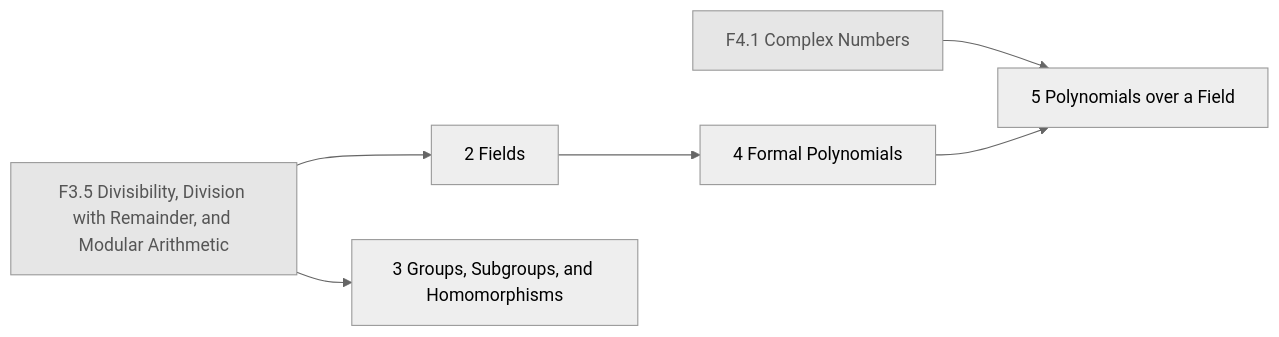
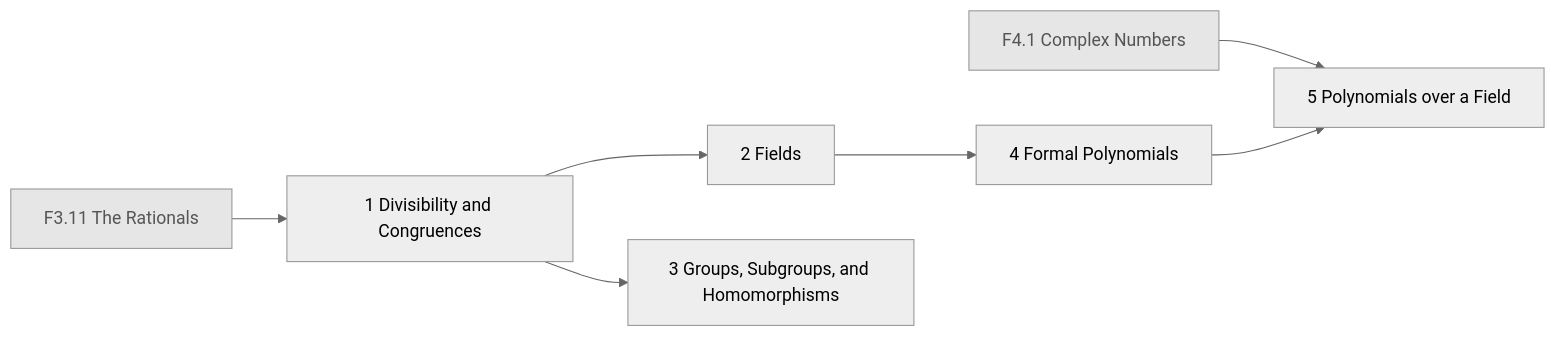
One commit to AkizumiFox/math-atlas changed the diagram in generated/chapters/F5.mmd. Above: the diagram before and after it, drawn with Mermaid (neutral theme). The commit also changed 14 other files, not shown here.

```diff
--- a/generated/chapters/F5.mmd
+++ b/generated/chapters/F5.mmd
@@ -1,15 +1,17 @@
 flowchart LR
-  F3_5["F3.5 Divisibility, Division with Remainder, and Modular Arithmetic"]:::ext
+  F3_11["F3.11 The Rationals"]:::ext
   F4_1["F4.1 Complex Numbers"]:::ext
+  F5_1["1 Divisibility and Congruences"]
   F5_2["2 Fields"]
   F5_3["3 Groups, Subgroups, and Homomorphisms"]
   F5_4["4 Formal Polynomials"]
   F5_5["5 Polynomials over a Field"]
-  F3_5 --> F5_2
-  F3_5 --> F5_3
+  F3_11 --> F5_1
+  F5_1 --> F5_2
+  F5_1 --> F5_3
   F5_2 --> F5_4
   F4_1 --> F5_5
   F5_4 --> F5_5
   classDef ext fill:#e6e6e6,stroke:#999,color:#555
   classDef opt fill:#fff,stroke:#999,stroke-dasharray:4 3,color:#555
   classDef segb fill:#f6f6fb,stroke:#99a,color:#333
```
